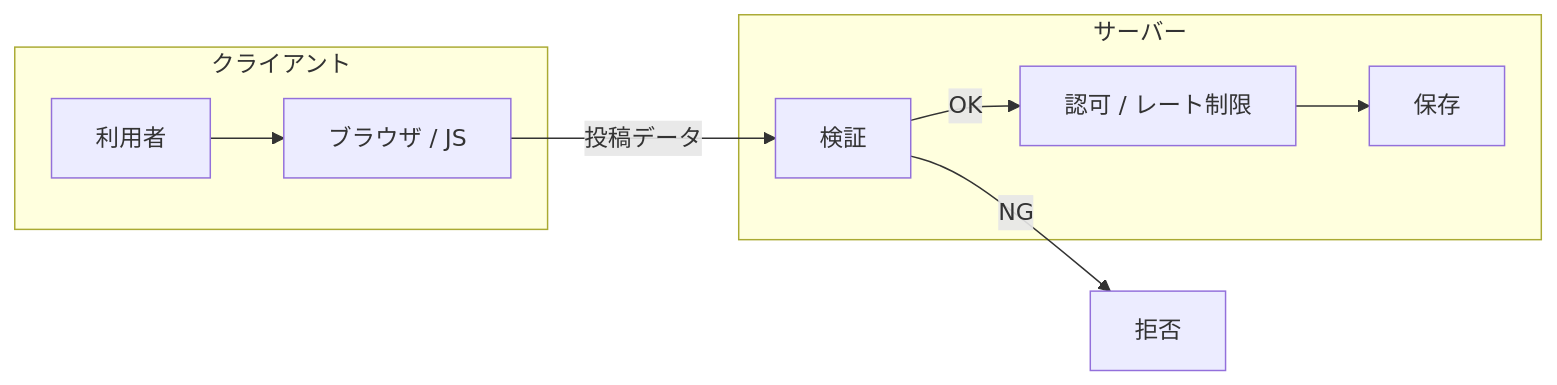
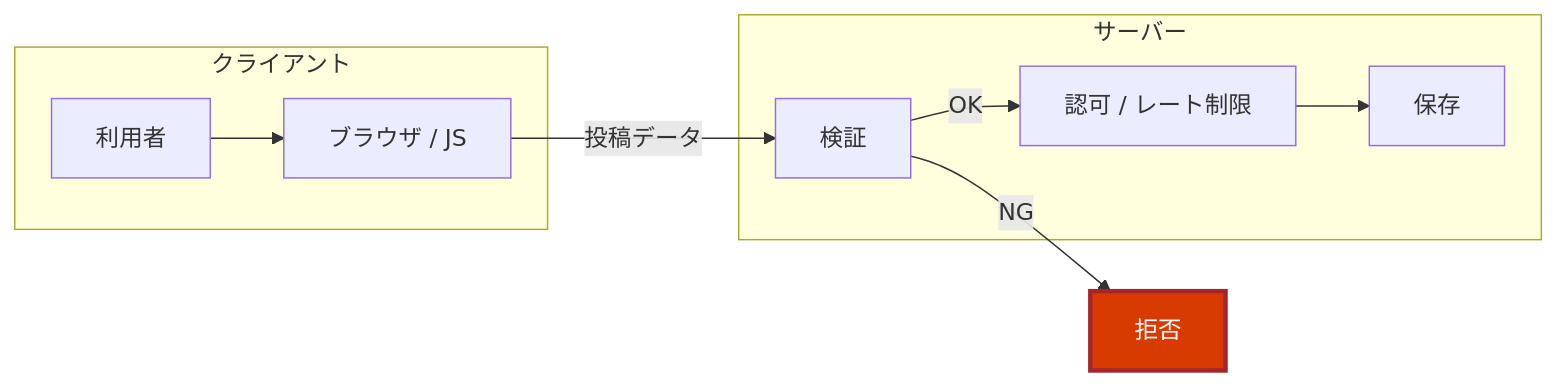
The third of 3 diagrams in nancopa-2nd-app.md (runceel/github-copilot-app-presentation), drawn with Mermaid before and after one commit.

Commit message:
Save uncommitted changes

````diff
--- a/nancopa-2nd-app.md
+++ b/nancopa-2nd-app.md
@@ -155,18 +155,20 @@
 ```mermaid
 flowchart LR
     subgraph Client[クライアント]
         U[利用者]
         B[ブラウザ / JS]
     end
 
     subgraph Server[サーバー]
         V[検証]
         A[認可 / レート制限]
         S[保存]
     end
 
     U --> B
     B -->|投稿データ| V
     V -->|OK| A --> S
     V -->|NG| X[拒否]
+    
+    style X fill:#d83b01,color:#fff,stroke:#a4262c,stroke-width:3px
 ```
````
